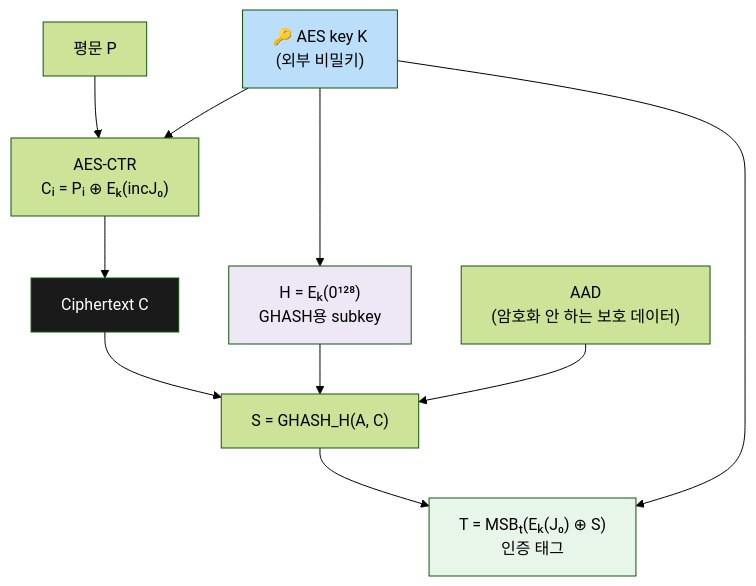
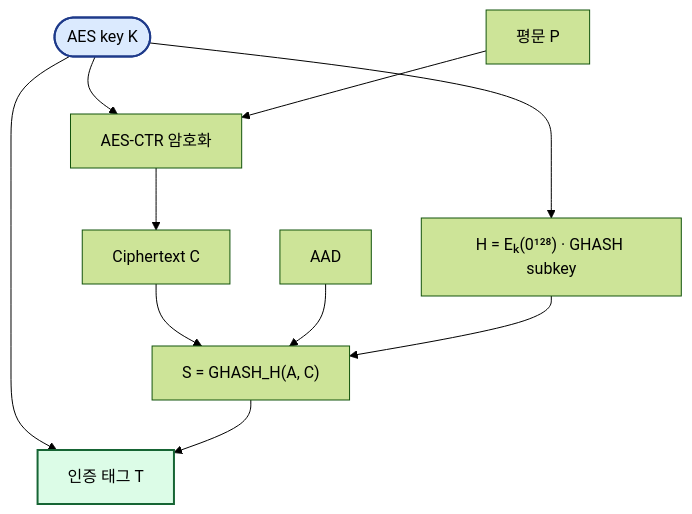
The tenth of 12 diagrams in 02_대칭키암호_정리.md (KMUTMU/information-security), drawn with Mermaid (forest theme) before and after one commit. The commit also changed other lines of this file and 5 other files, not shown here.

Commit message:
Mermaid 다이어그램 가독성 개선: 짧은 라벨·이모지 제거·색상 최소화

````diff
--- a/02_대칭키암호_정리.md
+++ b/02_대칭키암호_정리.md
@@ -411,17 +390,13 @@
 ```mermaid
 flowchart TB
-    K["🔑 AES key K<br/>(외부 비밀키)"]
-    K --> CTR["AES-CTR<br/>Cᵢ = Pᵢ ⊕ Eₖ(incJ₀)"]
-    K --> H["H = Eₖ(0¹²⁸)<br/>GHASH용 subkey"]
-    P["평문 P"] --> CTR
-    CTR --> C["Ciphertext C"]
-    AAD["AAD<br/>(암호화 안 하는 보호 데이터)"] --> GH["S = GHASH_H(A, C)"]
-    C --> GH
-    H --> GH
-    GH --> TAG["T = MSBₜ(Eₖ(J₀) ⊕ S)<br/>인증 태그"]
+    K(["AES key K"]) --> CTR["AES-CTR 암호화"]
+    K --> H["H = Eₖ(0¹²⁸) · GHASH subkey"]
     K --> TAG
-    style K fill:#bbdefb
-    style C fill:#1a1a1a,color:#fff
-    style TAG fill:#e8f5e9
-    style H fill:#ede7f6
+    P["평문 P"] --> CTR --> C["Ciphertext C"] --> GH["S = GHASH_H(A, C)"]
+    AAD["AAD"] --> GH
+    H --> GH --> TAG["인증 태그 T"]
+    classDef key fill:#dbeafe,stroke:#1e3a8a,stroke-width:2px
+    classDef out fill:#dcfce7,stroke:#166534,stroke-width:2px
+    class K key
+    class TAG out
 ```
````
